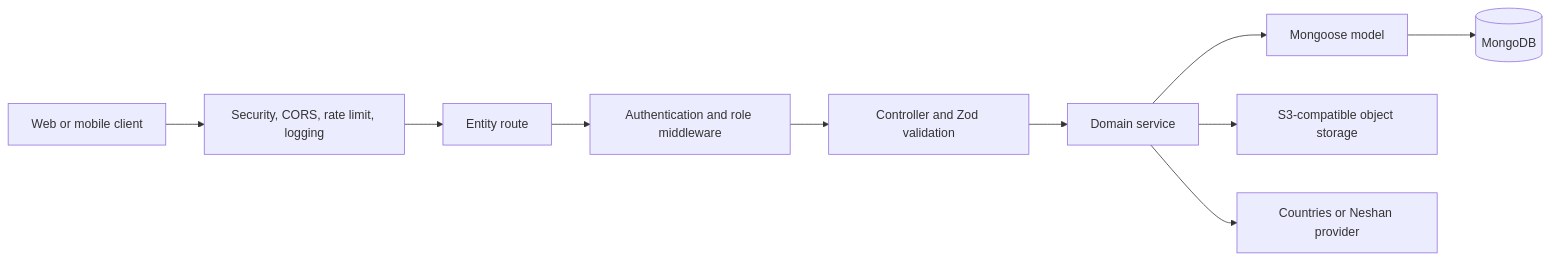
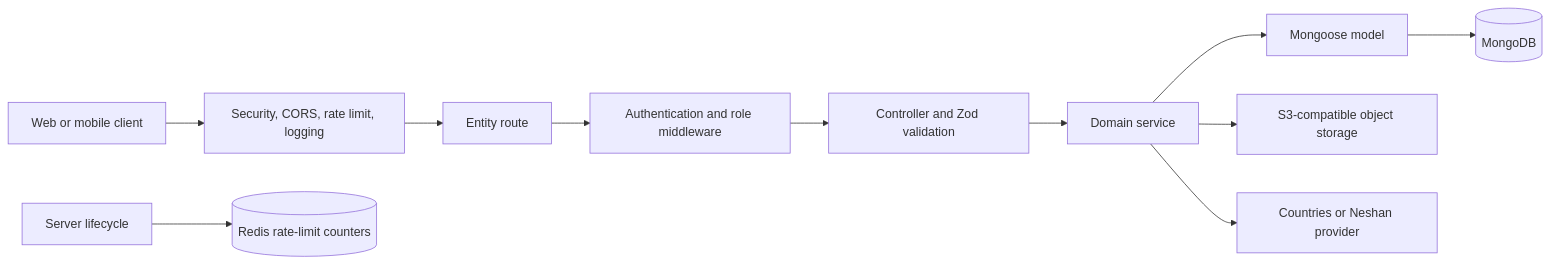
Before and after one commit to side-26/pet_shop-backend-app: the first of 2 diagrams in README.md, drawn with Mermaid. The commit also changed other lines of this file and 13 other files, not shown here.

````diff
--- a/README.md
+++ b/README.md
@@ -34,12 +34,13 @@
 ```mermaid
 flowchart LR
     Client["Web or mobile client"] --> Global["Security, CORS, rate limit, logging"]
     Global --> Route["Entity route"]
     Route --> Auth["Authentication and role middleware"]
     Auth --> Controller["Controller and Zod validation"]
     Controller --> Service["Domain service"]
     Service --> Model["Mongoose model"]
     Model --> MongoDB[(MongoDB)]
+    Server["Server lifecycle"] --> Redis[(Redis rate-limit counters)]
     Service --> Storage["S3-compatible object storage"]
     Service --> Integration["Countries or Neshan provider"]
 ```
````
